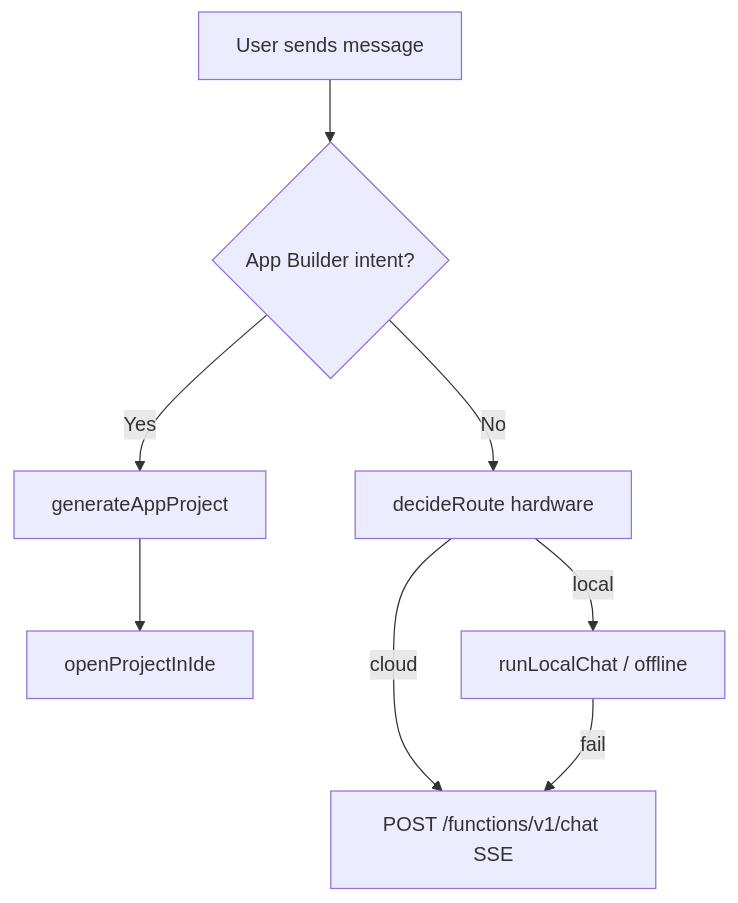
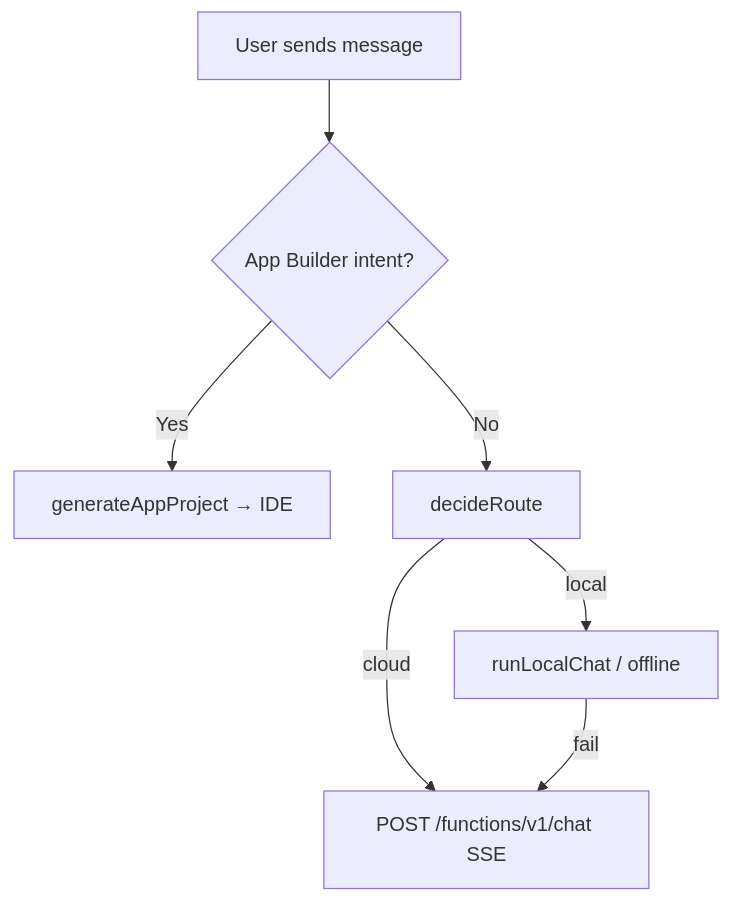
One commit to u722365-lgtm/project-hello changed the second of 3 diagrams in Detailed Documentation/08-architecture-reference.md. Above: the diagram before and after it, drawn with Mermaid. The commit also changed other lines of this file and 14 other files, not shown here.

````diff
--- a/Detailed Documentation/08-architecture-reference.md
+++ b/Detailed Documentation/08-architecture-reference.md
@@ -40,10 +78,9 @@
 ```mermaid
 flowchart TD
   A[User sends message] --> B{App Builder intent?}
-  B -->|Yes| C[generateAppProject]
-  C --> D[openProjectInIde]
-  B -->|No| E[decideRoute hardware]
-  E -->|local| F[runLocalChat / offline]
-  E -->|cloud| G[POST /functions/v1/chat SSE]
-  F -->|fail| G
+  B -->|Yes| C[generateAppProject → IDE]
+  B -->|No| D[decideRoute]
+  D -->|local| E[runLocalChat / offline]
+  D -->|cloud| F[POST /functions/v1/chat SSE]
+  E -->|fail| F
 ```
````
